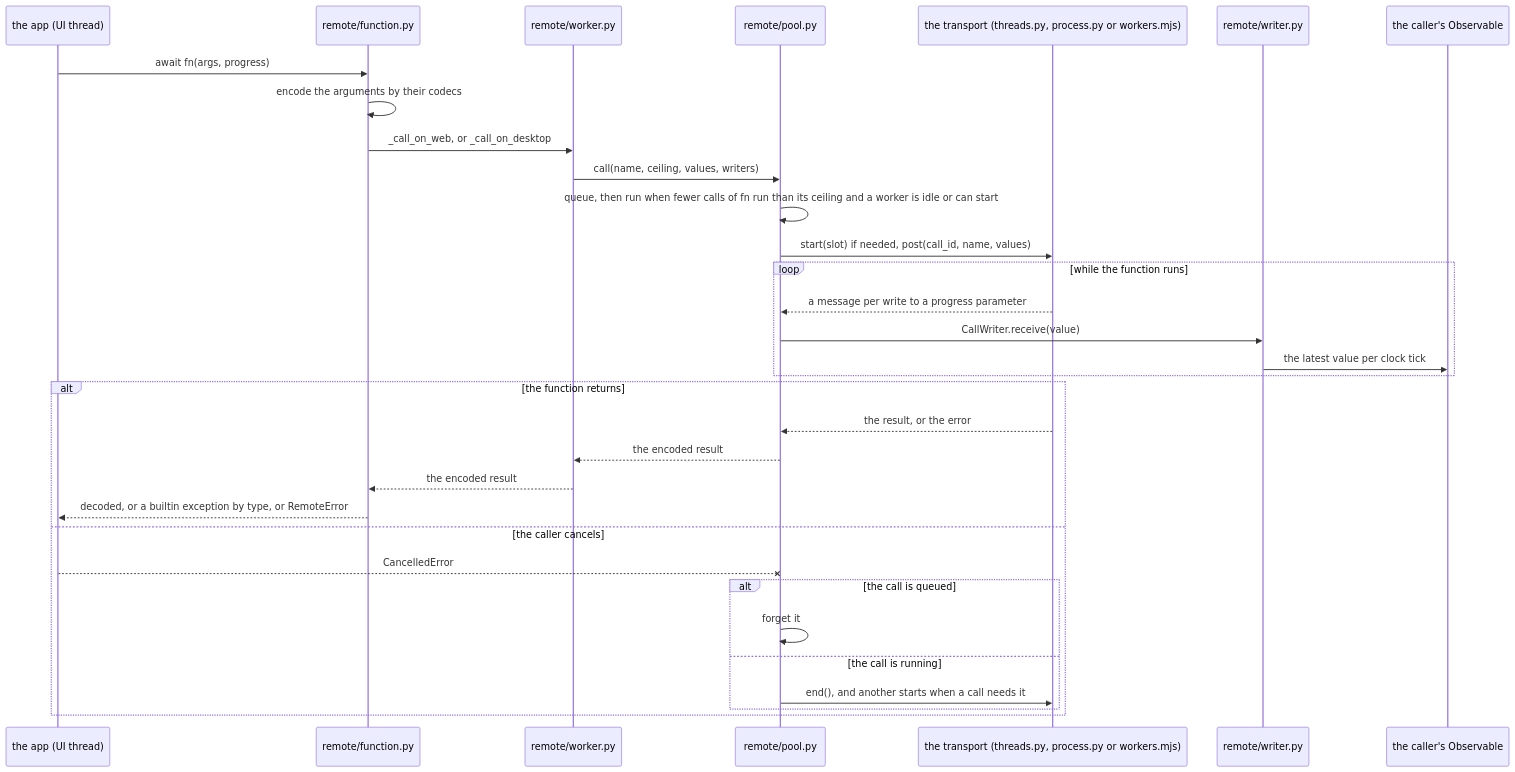
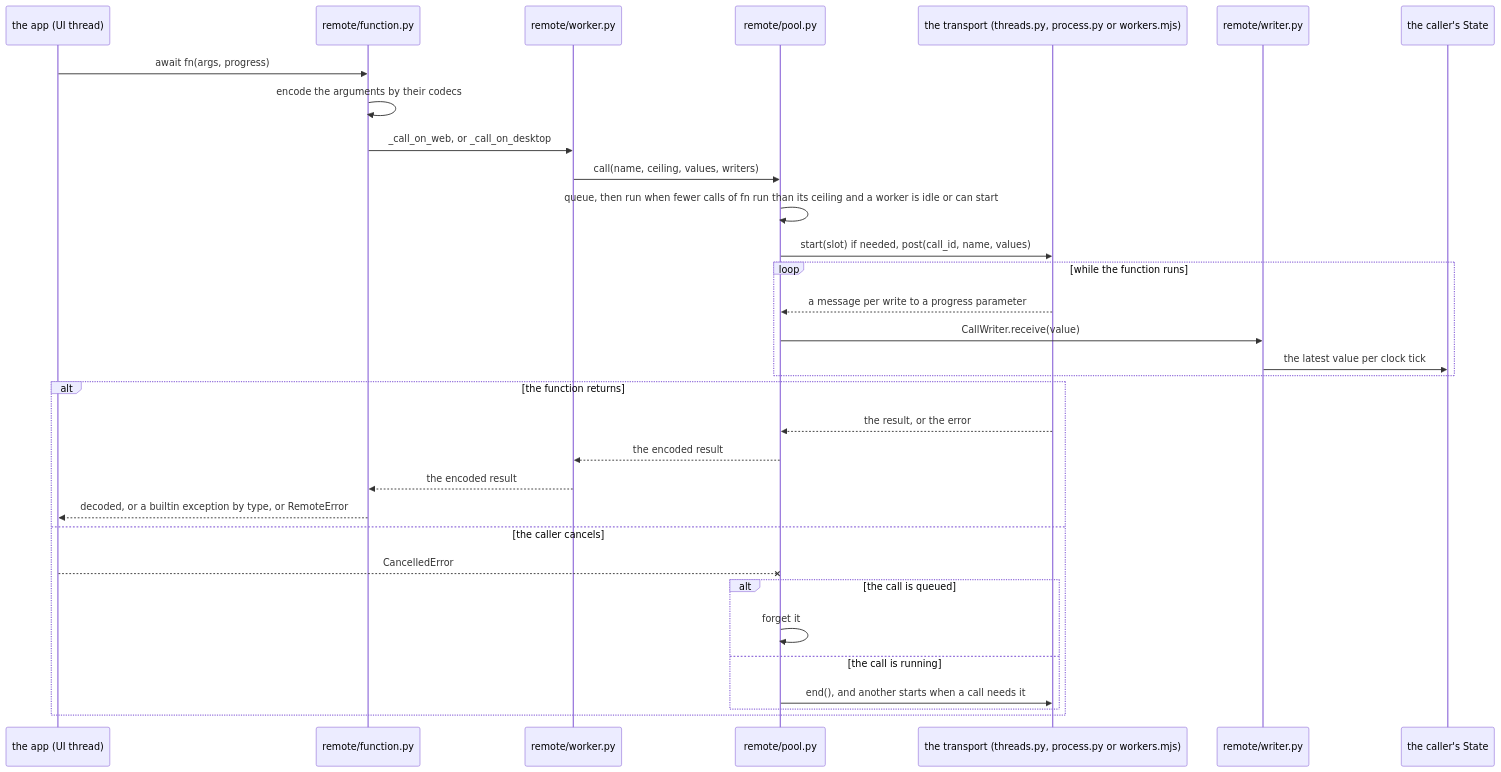
Before and after one commit to yuksblog/nuiitivet: the eighth of 11 diagrams in docs/design/WEB_TARGET.md, drawn with Mermaid. The commit also changed other lines of this file and 77 other files, not shown here.

````diff
--- a/docs/design/WEB_TARGET.md
+++ b/docs/design/WEB_TARGET.md
@@ -333,35 +333,35 @@
 ```mermaid
 sequenceDiagram
     participant App as the app (UI thread)
     participant F as remote/function.py
     participant Wf as remote/worker.py
     participant P as remote/pool.py
     participant T as the transport (threads.py, process.py or workers.mjs)
     participant Wr as remote/writer.py
-    participant O as the caller's Observable
+    participant O as the caller's State
 
     App->>F: await fn(args, progress)
     F->>F: encode the arguments by their codecs
     F->>Wf: _call_on_web, or _call_on_desktop
     Wf->>P: call(name, ceiling, values, writers)
     P->>P: queue, then run when fewer calls of fn run than its ceiling and a worker is idle or can start
     P->>T: start(slot) if needed, post(call_id, name, values)
     loop while the function runs
         T-->>P: a message per write to a progress parameter
         P->>Wr: CallWriter.receive(value)
         Wr->>O: the latest value per clock tick
     end
     alt the function returns
         T-->>P: the result, or the error
         P-->>Wf: the encoded result
         Wf-->>F: the encoded result
         F-->>App: decoded, or a builtin exception by type, or RemoteError
     else the caller cancels
         App--xP: CancelledError
         alt the call is queued
             P->>P: forget it
         else the call is running
             P->>T: end(), and another starts when a call needs it
         end
     end
 ```
````
